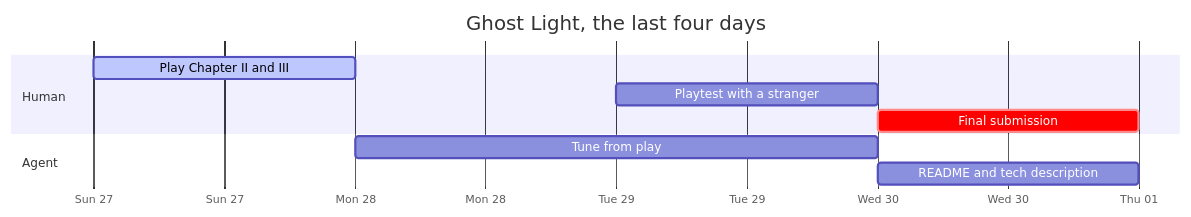
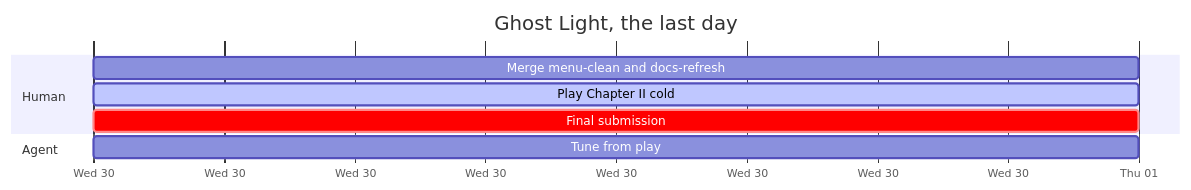
The second of 2 diagrams in STATUS.md (LoMagnette/ghost-light), drawn with Mermaid before and after one commit. The commit also changed other lines of this file and 2 other files, not shown here.

````diff
--- a/STATUS.md
+++ b/STATUS.md
@@ -173,13 +182,12 @@
 ```mermaid
 gantt
-    title Ghost Light, the last four days
+    title Ghost Light, the last day
     dateFormat YYYY-MM-DD
     axisFormat %a %d
     section Human
-    Play Chapter II and III           :active, h1, 2026-09-27, 1d
-    Playtest with a stranger          :t1, 2026-09-29, 1d
+    Merge menu-clean and docs-refresh :h0, 2026-09-30, 1d
+    Play Chapter II cold              :active, h1, 2026-09-30, 1d
     Final submission                  :crit, s2, 2026-09-30, 1d
     section Agent
-    Tune from play                    :g1, after h1, 2d
-    README and tech description       :g3, 2026-09-30, 1d
+    Tune from play                    :g1, 2026-09-30, 1d
 ```
````
